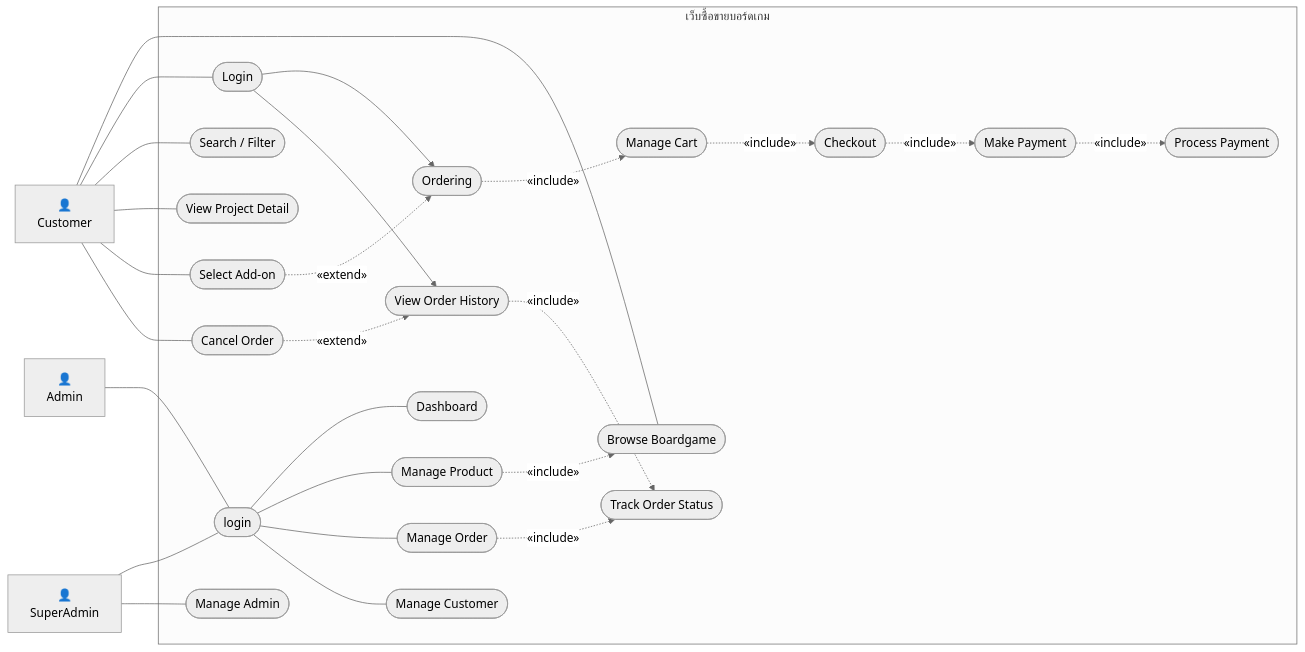
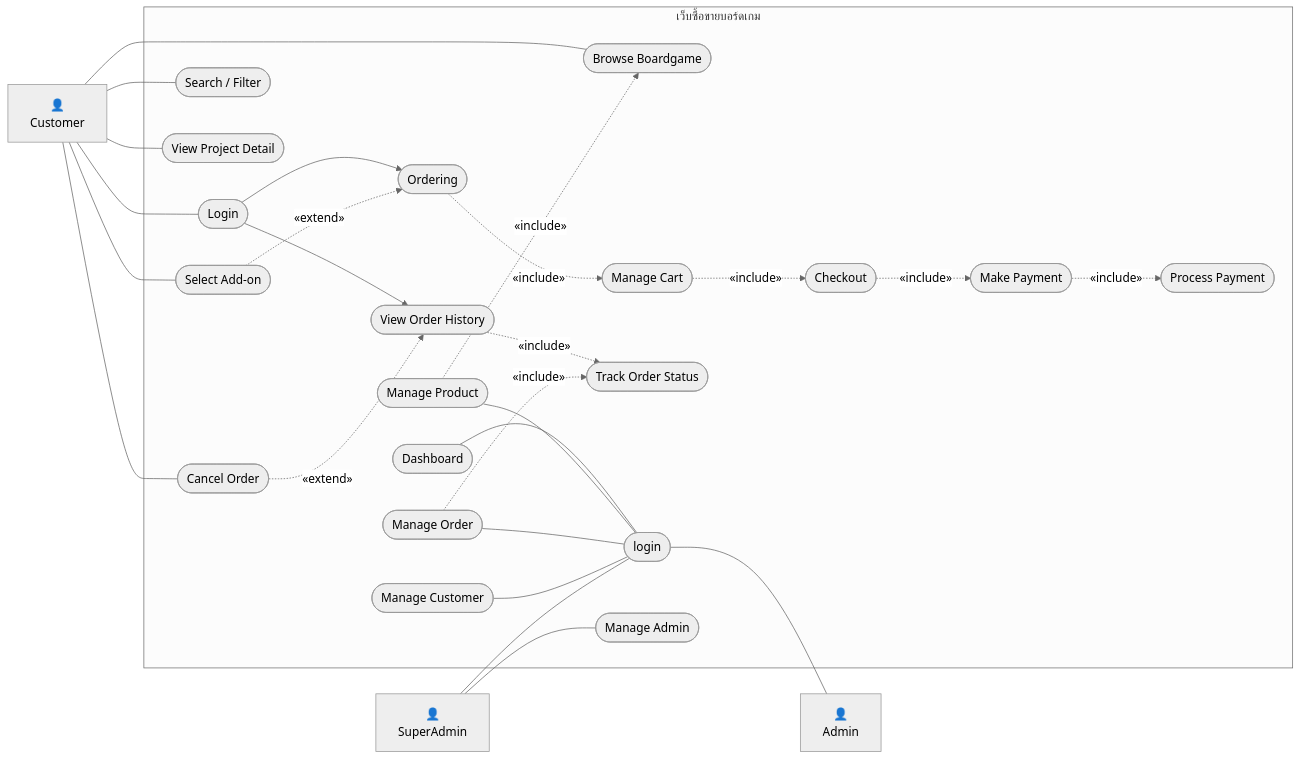
Before and after one commit to PurivatHewkao/BoardHouse: the first of 4 diagrams in README.md, drawn with Mermaid (neutral theme).

````diff
--- a/README.md
+++ b/README.md
@@ -138,65 +138,64 @@
 ```mermaid
 flowchart LR
     Customer["👤<br/>Customer"]
 
-    %% ฝั่งขวา
     Admin["👤<br/>Admin"]
     SuperAdmin["👤<br/>SuperAdmin"]
 
     subgraph System["เว็บซื้อขายบอร์ดเกม"]
         Browse([Browse Boardgame])
         LoginCustomer([Login])
         Search([Search / Filter])
         Detail([View Project Detail])
 
         Ordering([Ordering])
         Cart([Manage Cart])
         Addon([Select Add-on])
         Checkout([Checkout])
         Payment([Make Payment])
         ProcessPayment([Process Payment])
 
         History([View Order History])
         Track([Track Order Status])
         Cancel([Cancel Order])
 
         AdminLogin([login])
         Dashboard([Dashboard])
         ManageProduct([Manage Product])
         ManageOrder([Manage Order])
         ManageCustomer([Manage Customer])
         ManageAdmin([Manage Admin])
     end
 
     Customer --- Browse
     Customer --- LoginCustomer
     Customer ---Search
     Customer --- Detail
     Customer --- Addon
     Customer --- Cancel
 
     LoginCustomer --> Ordering
     LoginCustomer --> History
 
     Ordering -.->|«include»| Cart
     Addon -.->|«extend»| Ordering
     Cart -.->|«include»| Checkout
     Checkout -.->|«include»| Payment
     Payment -.->|«include»| ProcessPayment
 
     History -.->|«include»| Track
     Cancel -.->|«extend»| History
 
-    Admin --- AdminLogin
-    AdminLogin --- Dashboard
-    AdminLogin --- ManageProduct
-    AdminLogin --- ManageOrder
-    AdminLogin --- ManageCustomer
+    AdminLogin --- Admin
+    Dashboard --- AdminLogin
+    ManageProduct --- AdminLogin
+    ManageOrder --- AdminLogin
+    ManageCustomer --- AdminLogin
 
     ManageOrder -.->|«include»| Track
     ManageProduct -.->|«include»| Browse
 
     SuperAdmin --- AdminLogin
     SuperAdmin --- ManageAdmin
 
 ```
````
